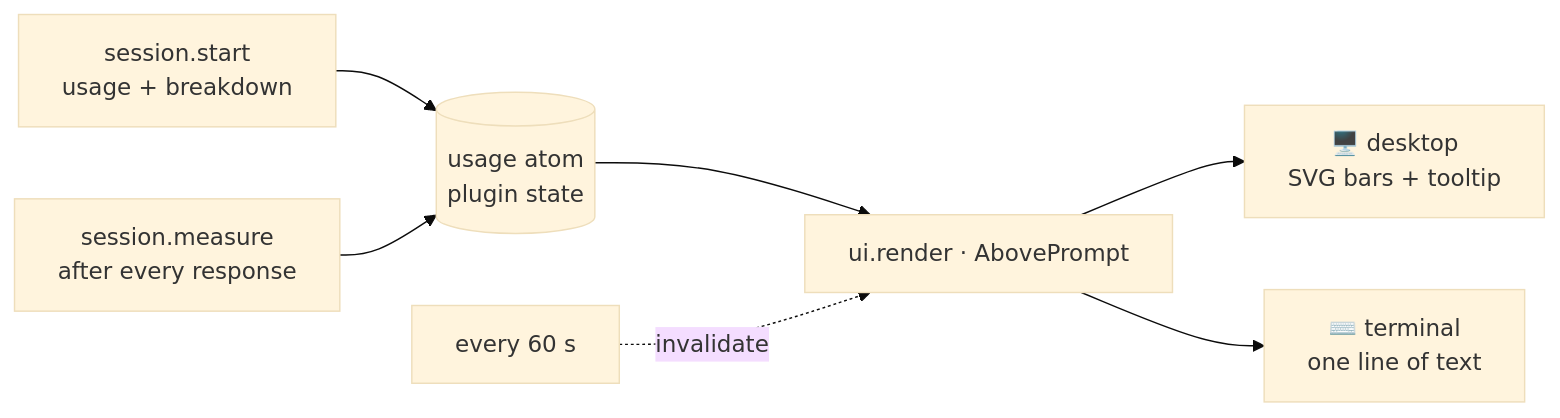
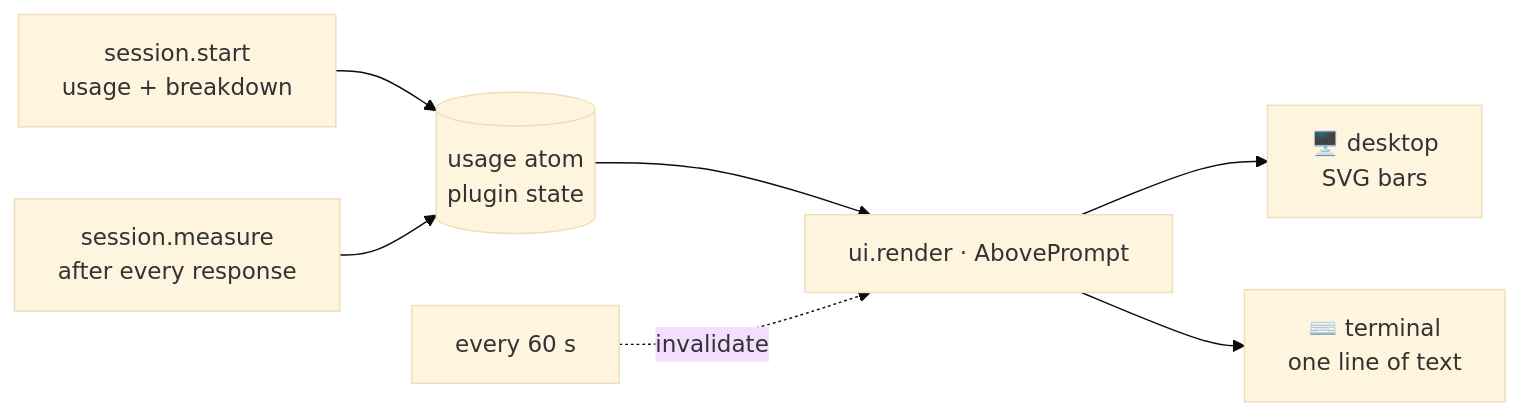
The diagram in README.md (zexion7873/usage-band), drawn with Mermaid (base theme) before and after one commit. The commit also changed other lines of this file and 4 other files, not shown here.

First line of the commit message:
docs: stop advertising a desktop tooltip that never shows

````diff
--- a/README.md
+++ b/README.md
@@ -107,17 +107,17 @@
 ```mermaid
 flowchart LR
     Start["session.start<br/>usage + breakdown"]
     Measure["session.measure<br/>after every response"]
     State[("usage atom<br/>plugin state")]
     Render["ui.render · AbovePrompt"]
-    Desk["🖥️ desktop<br/>SVG bars + tooltip"]
+    Desk["🖥️ desktop<br/>SVG bars"]
     Term["⌨️ terminal<br/>one line of text"]
     Clock["every 60 s"]
 
     Start --> State
     Measure --> State
     State --> Render
     Render --> Desk
     Render --> Term
     Clock -.->|"invalidate"| Render
 ```
````
